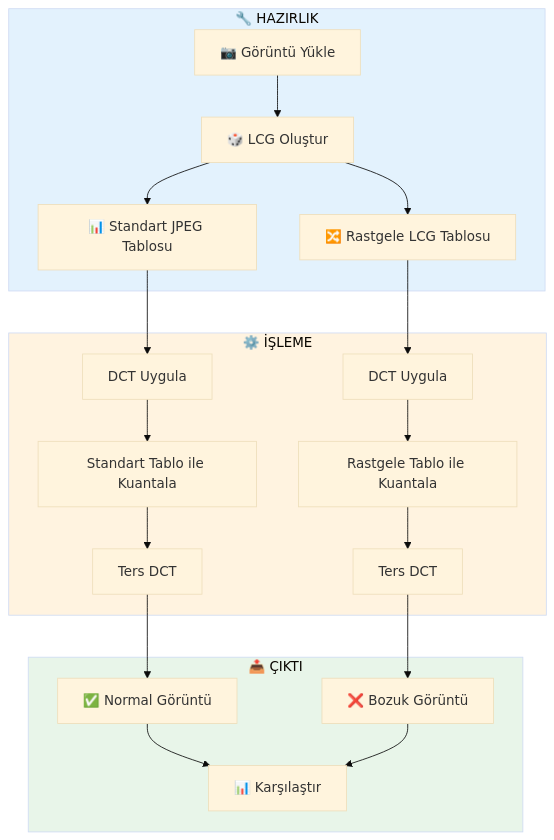
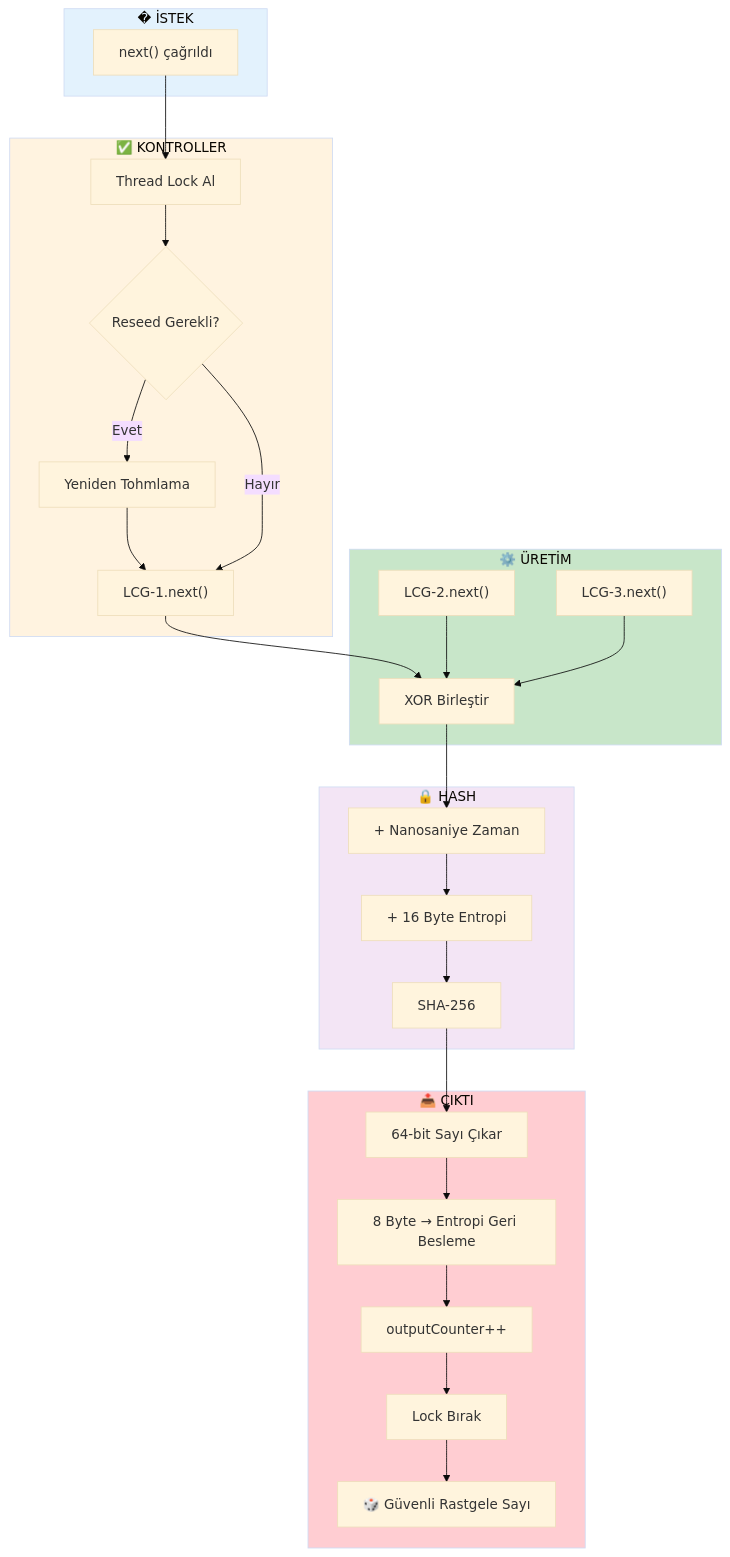
One commit to Samet230/Rastgele_Sayi_Ureteci changed the eighth of 9 diagrams in docs/FLOWCHART.md. Above: the diagram before and after it, drawn with Mermaid (base theme). The commit also changed other lines of this file and 3 other files, not shown here.

````diff
--- a/docs/FLOWCHART.md
+++ b/docs/FLOWCHART.md
@@ -214,28 +264,43 @@
 ```mermaid
 flowchart TD
-    subgraph SETUP["🔧 HAZIRLIK"]
-        A["📷 Görüntü Yükle"] --> B["🎲 LCG Oluştur"]
-        B --> C["📊 Standart JPEG Tablosu"]
-        B --> D["🔀 Rastgele LCG Tablosu"]
+    subgraph REQUEST["� İSTEK"]
+        R["next() çağrıldı"]
     end
     
-    subgraph PROCESS["⚙️ İŞLEME"]
-        C --> E["DCT Uygula"]
-        D --> F["DCT Uygula"]
-        E --> G["Standart Tablo ile Kuantala"]
-        F --> H["Rastgele Tablo ile Kuantala"]
-        G --> I["Ters DCT"]
-        H --> J["Ters DCT"]
+    subgraph CHECK["✅ KONTROLLER"]
+        R --> C1["Thread Lock Al"]
+        C1 --> C2{Reseed Gerekli?}
+        C2 -->|Evet| RS["Yeniden Tohmlama"]
+        RS --> G1
+        C2 -->|Hayır| G1
+    end
+    
+    subgraph GENERATE["⚙️ ÜRETİM"]
+        G1["LCG-1.next()"] 
+        G2["LCG-2.next()"]
+        G3["LCG-3.next()"]
+        G1 --> X["XOR Birleştir"]
+        G2 --> X
+        G3 --> X
+    end
+    
+    subgraph HASH["🔒 HASH"]
+        X --> H1["+ Nanosaniye Zaman"]
+        H1 --> H2["+ 16 Byte Entropi"]
+        H2 --> H3["SHA-256"]
     end
     
     subgraph OUTPUT["📤 ÇIKTI"]
-        I --> K["✅ Normal Görüntü"]
-        J --> L["❌ Bozuk Görüntü"]
-        K --> M["📊 Karşılaştır"]
-        L --> M
+        H3 --> O1["64-bit Sayı Çıkar"]
+        O1 --> O2["8 Byte → Entropi Geri Besleme"]
+        O2 --> O3["outputCounter++"]
+        O3 --> O4["Lock Bırak"]
+        O4 --> O5["🎲 Güvenli Rastgele Sayı"]
     end
     
-    style SETUP fill:#e3f2fd
-    style PROCESS fill:#fff3e0
-    style OUTPUT fill:#e8f5e9
+    style REQUEST fill:#e3f2fd
+    style CHECK fill:#fff3e0
+    style GENERATE fill:#c8e6c9
+    style HASH fill:#f3e5f5
+    style OUTPUT fill:#ffcdd2
 ```
````
